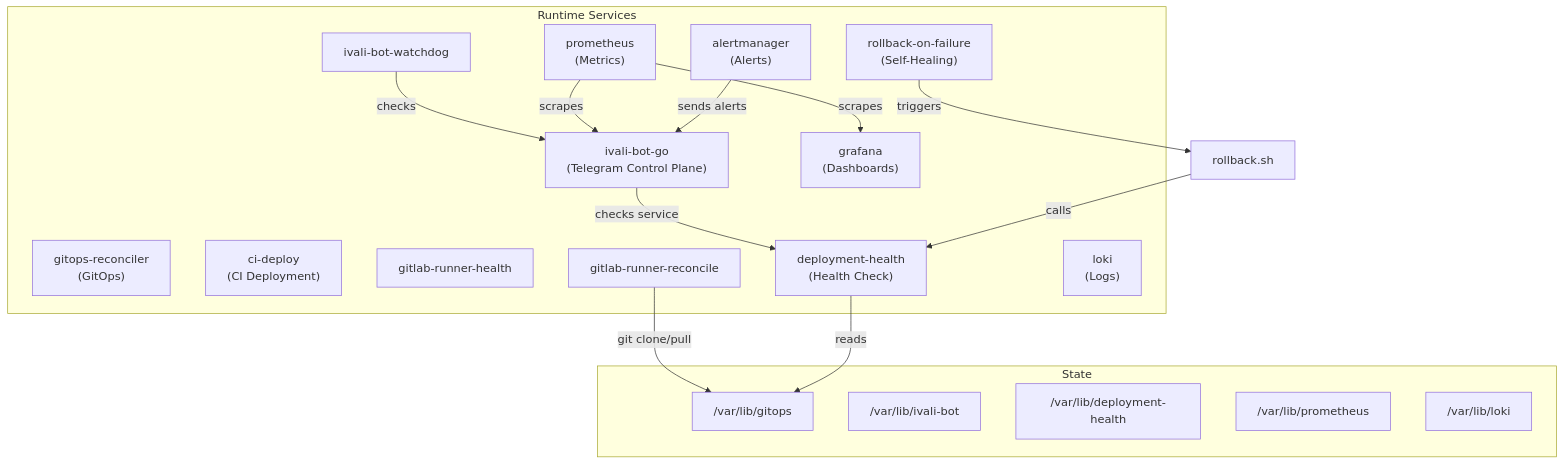
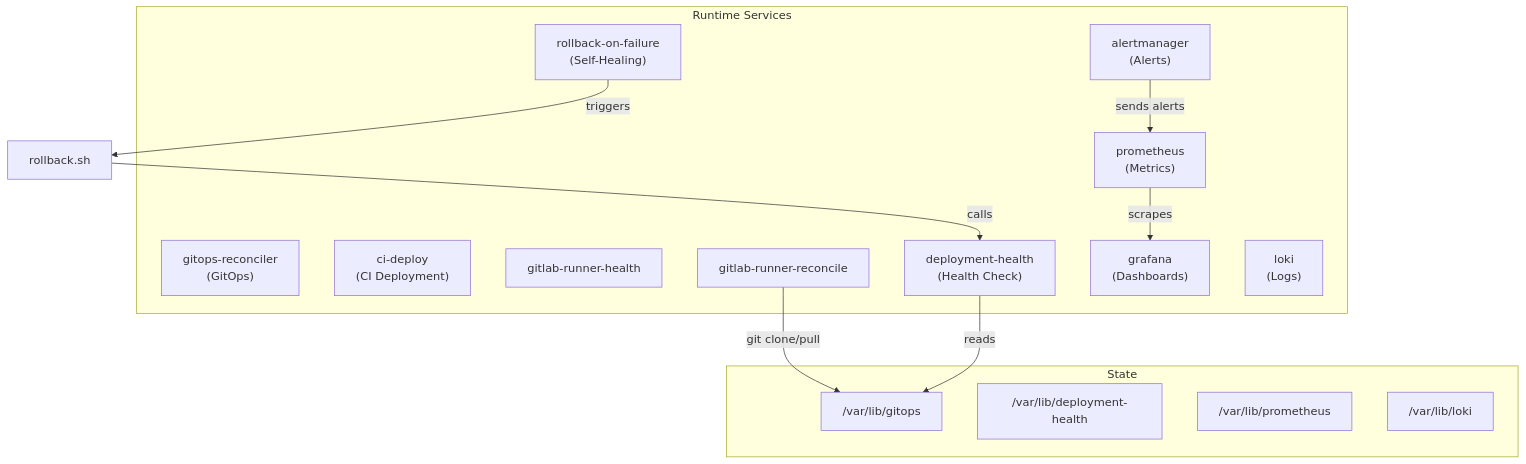
Before and after one commit to itsivali/nixos-infrastructure: the fourth of 4 diagrams in ARCHITECTURE_AUDIT.md, drawn with Mermaid. The commit also changed other lines of this file and 13 other files, not shown here.

First line of the commit message:
docs: update architecture, docs, and remove dead Telegram references

````diff
--- a/ARCHITECTURE_AUDIT.md
+++ b/ARCHITECTURE_AUDIT.md
@@ -223,35 +221,29 @@
 ```mermaid
 graph TD
     subgraph "Runtime Services"
-        bot["ivali-bot-go<br/>(Telegram Control Plane)"]
         gitops["gitops-reconciler<br/>(GitOps)"]
         ci_deploy["ci-deploy<br/>(CI Deployment)"]
         runner_health["gitlab-runner-health"]
         runner_reconcile["gitlab-runner-reconcile"]
         deploy_health["deployment-health<br/>(Health Check)"]
         rollback_svc["rollback-on-failure<br/>(Self-Healing)"]
-        watchdog["ivali-bot-watchdog"]
         prometheus["prometheus<br/>(Metrics)"]
         grafana["grafana<br/>(Dashboards)"]
         loki["loki<br/>(Logs)"]
         alertmanager["alertmanager<br/>(Alerts)"]
     end
 
     subgraph "State"
         gitops_state["/var/lib/gitops"]
-        bot_state["/var/lib/ivali-bot"]
         deploy_health_state["/var/lib/deployment-health"]
         prom_state["/var/lib/prometheus"]
         loki_state["/var/lib/loki"]
     end
 
     runner_reconcile -->|git clone/pull| gitops_state
     deploy_health -->|reads| gitops_state
-    bot -->|checks service| deploy_health
     rollback_svc -->|triggers| rollback["rollback.sh"]
     rollback -->|calls| deploy_health
-    watchdog -->|checks| bot
     prometheus -->|scrapes| grafana
-    prometheus -->|scrapes| bot
-    alertmanager -->|sends alerts| bot
+    alertmanager -->|sends alerts| prometheus
 ```
````
